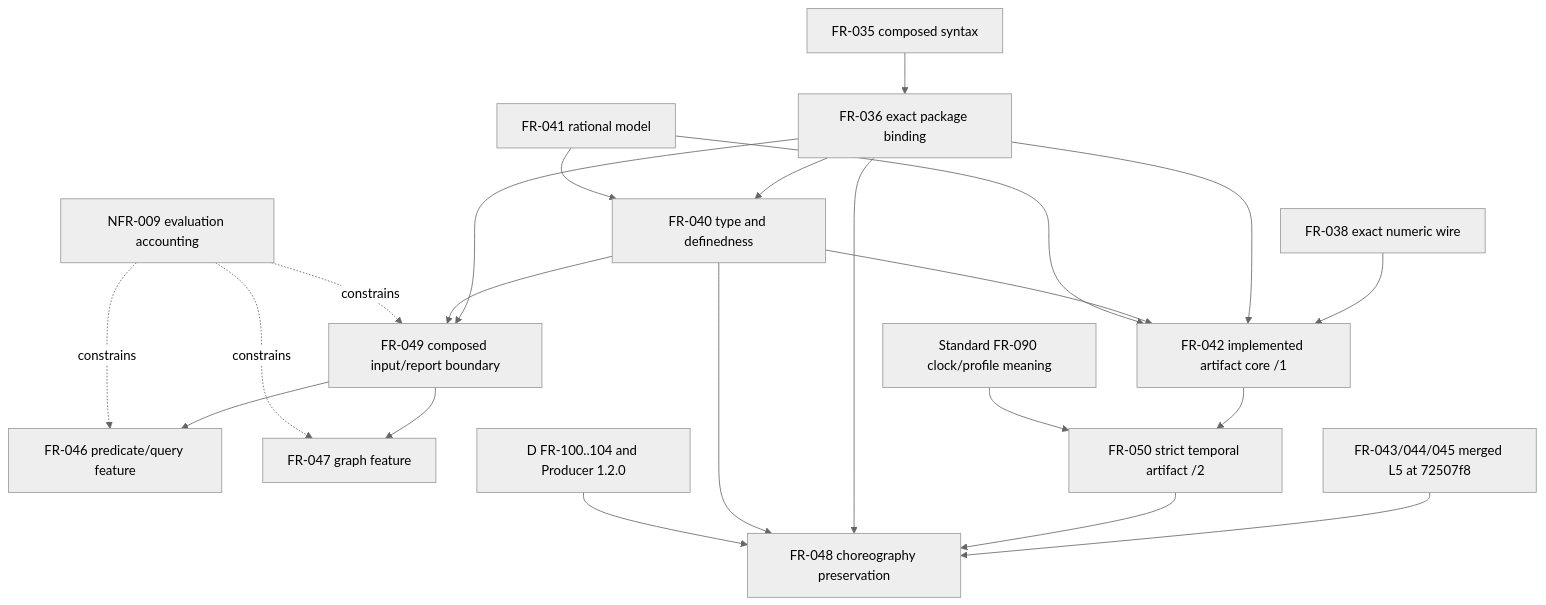
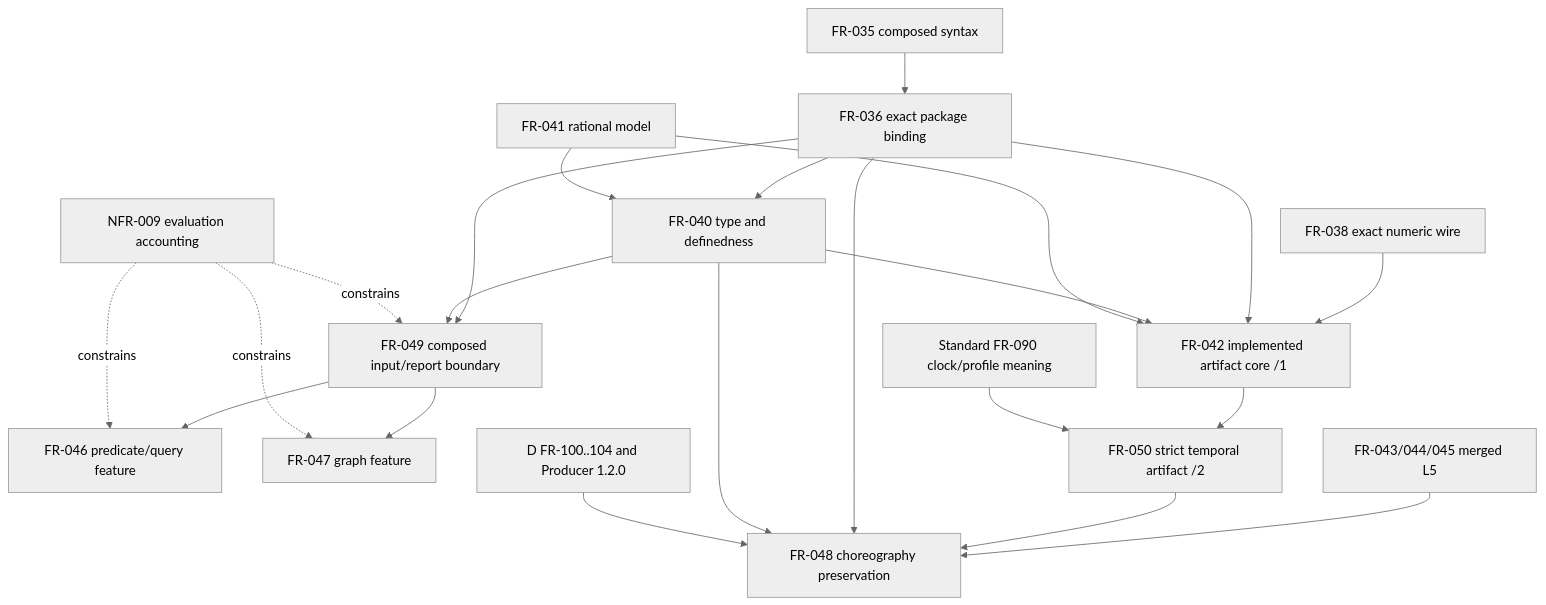
Before and after one commit to agent-ix/quire-spec-language: the first of 2 diagrams in spec/reviews/core-language/dependency.md, drawn with Mermaid (neutral theme). The commit also changed other lines of this file and 300 other files, not shown here.

````diff
--- a/spec/reviews/core-language/dependency.md
+++ b/spec/reviews/core-language/dependency.md
@@ -89,26 +88,26 @@
 ```mermaid
 flowchart TD
   FR035[FR-035 composed syntax] --> FR036[FR-036 exact package binding]
   FR036 --> FR040[FR-040 type and definedness]
   FR038[FR-038 exact numeric wire] --> FR042Core[FR-042 implemented artifact core /1]
   FR041[FR-041 rational model] --> FR040
   FR036 --> FR042Core
   FR040 --> FR042Core
   FR041 --> FR042Core
 
   FR036 --> FR049[FR-049 composed input/report boundary]
   FR040 --> FR049
   FR049 --> FR046[FR-046 predicate/query feature]
   FR049 --> FR047[FR-047 graph feature]
   NFR009[NFR-009 evaluation accounting] -. constrains .-> FR049
   NFR009 -. constrains .-> FR046
   NFR009 -. constrains .-> FR047
 
   FR042Core --> FR050[FR-050 strict temporal artifact /2]
   Std090[Standard FR-090 clock/profile meaning] --> FR050
-  L5[FR-043/044/045 merged L5 at 72507f8] --> FR048[FR-048 choreography preservation]
+  L5[FR-043/044/045 merged L5] --> FR048[FR-048 choreography preservation]
   FR050 --> FR048
   FR036 --> FR048
   FR040 --> FR048
   D[D FR-100..104 and Producer 1.2.0] --> FR048
 ```
````
